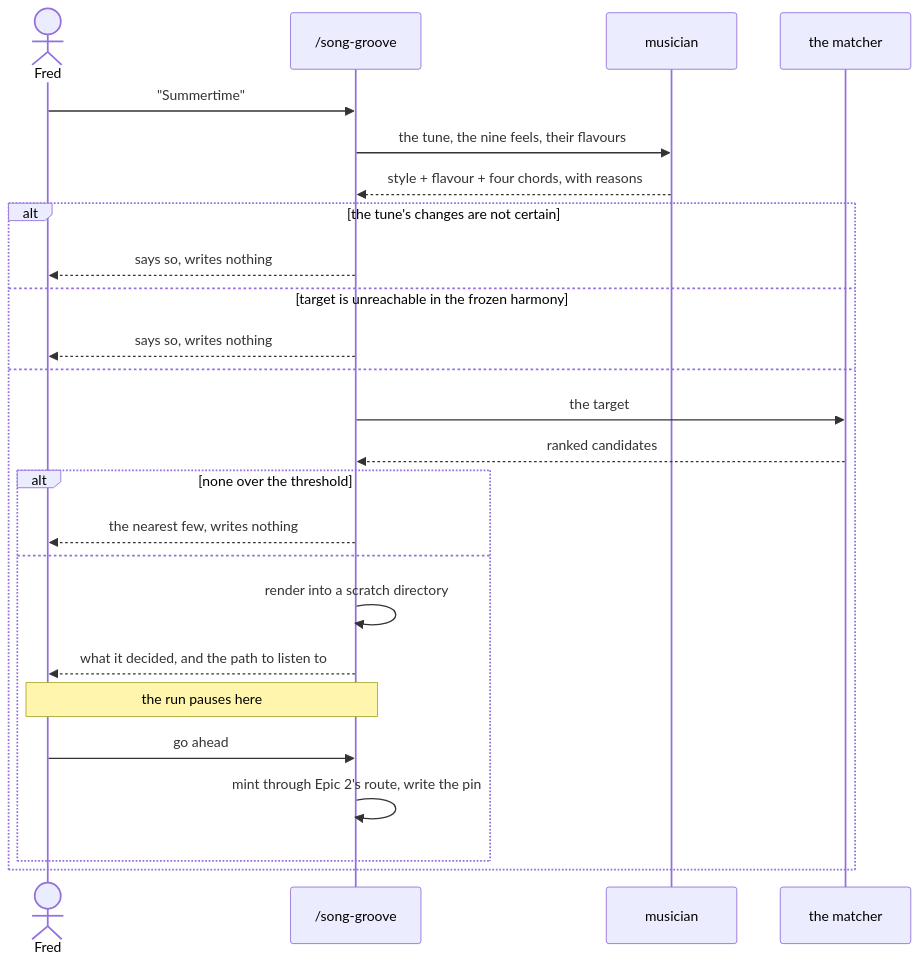
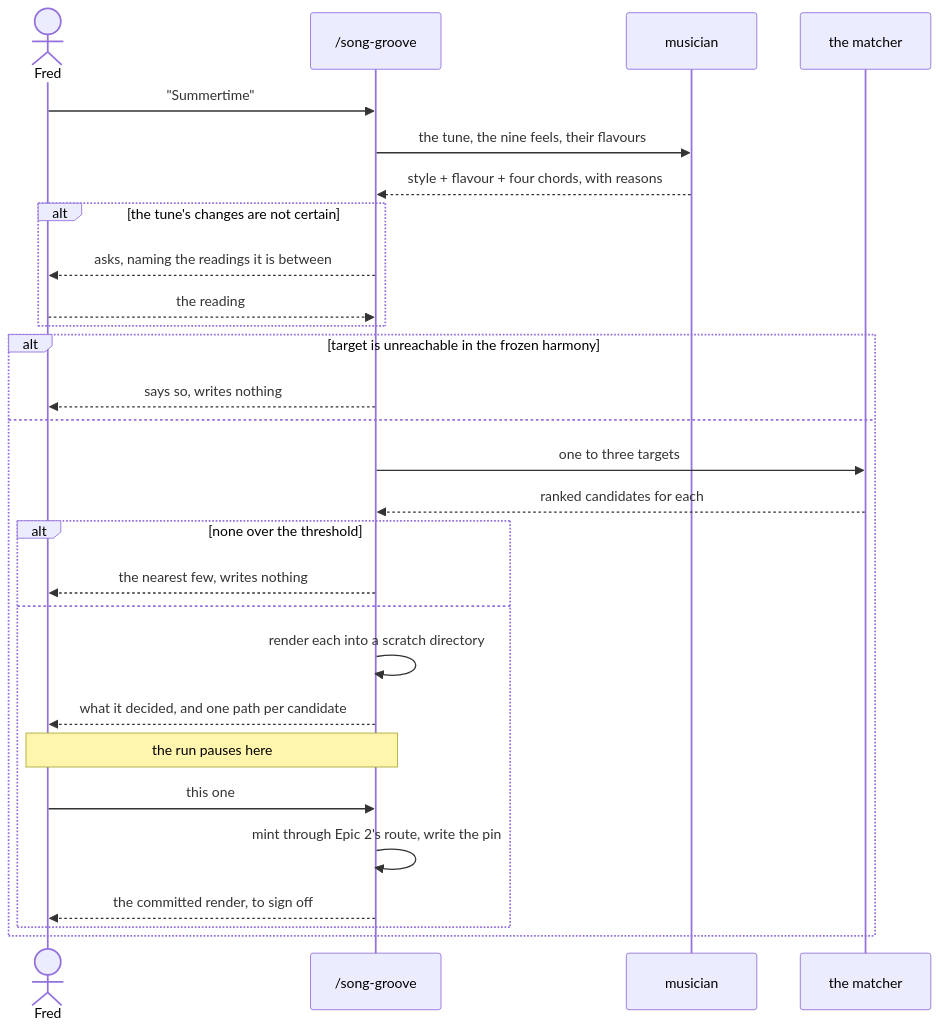
The diagram in specs/features/feature-26/prd/epic-3-song-groove-does-it-unattended.md (fleidloff/daily-groove), drawn with Mermaid before and after one commit. The commit also changed other lines of this file and 5 other files, not shown here.

````diff
--- a/specs/features/feature-26/prd/epic-3-song-groove-does-it-unattended.md
+++ b/specs/features/feature-26/prd/epic-3-song-groove-does-it-unattended.md
@@ -128,27 +145,30 @@
 ```mermaid
 sequenceDiagram
   actor Fred
   participant Skill as /song-groove
   participant M as musician
   participant Match as the matcher
   Fred->>Skill: "Summertime"
   Skill->>M: the tune, the nine feels, their flavours
   M-->>Skill: style + flavour + four chords, with reasons
   alt the tune's changes are not certain
-    Skill-->>Fred: says so, writes nothing
-  else target is unreachable in the frozen harmony
+    Skill-->>Fred: asks, naming the readings it is between
+    Fred-->>Skill: the reading
+  end
+  alt target is unreachable in the frozen harmony
     Skill-->>Fred: says so, writes nothing
   else
-    Skill->>Match: the target
-    Match-->>Skill: ranked candidates
+    Skill->>Match: one to three targets
+    Match-->>Skill: ranked candidates for each
     alt none over the threshold
       Skill-->>Fred: the nearest few, writes nothing
     else
-      Skill->>Skill: render into a scratch directory
-      Skill-->>Fred: what it decided, and the path to listen to
+      Skill->>Skill: render each into a scratch directory
+      Skill-->>Fred: what it decided, and one path per candidate
       Note over Skill,Fred: the run pauses here
-      Fred->>Skill: go ahead
+      Fred->>Skill: this one
       Skill->>Skill: mint through Epic 2's route, write the pin
+      Skill-->>Fred: the committed render, to sign off
     end
   end
 ```
````
